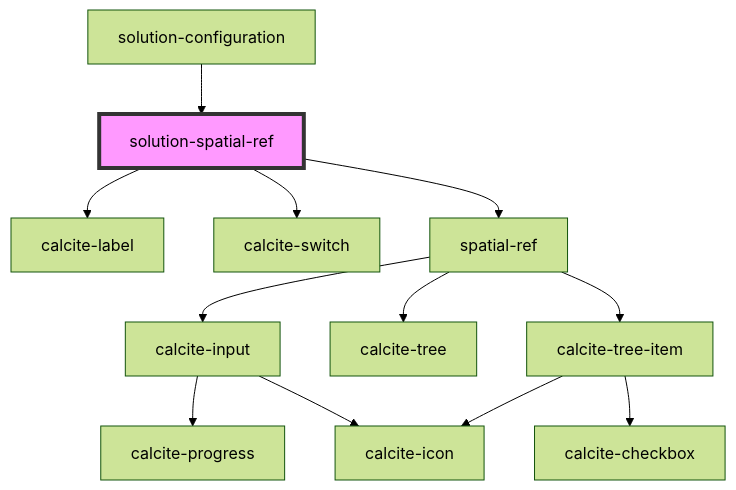
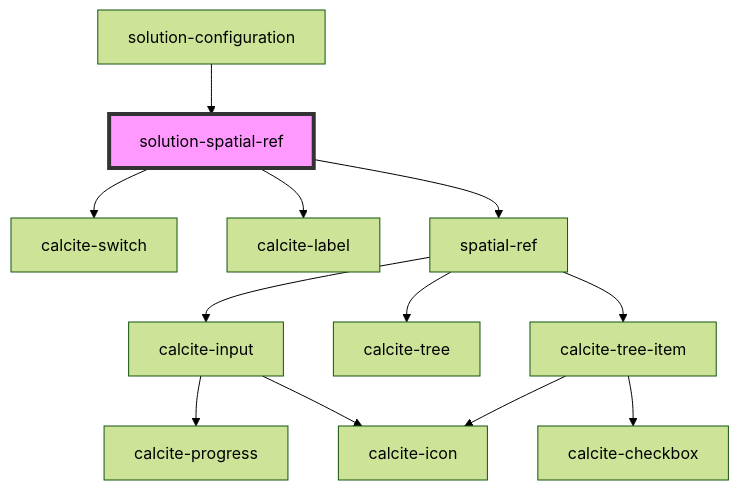
The diagram in src/components/solution-spatial-ref/readme.md (Esri/solutions-components), drawn with Mermaid (forest theme) before and after one commit. The commit also changed other lines of this file and 9 other files, not shown here.

Commit message:
Snapshot solution-spatial-ref dev

````diff
--- a/src/components/solution-spatial-ref/readme.md
+++ b/src/components/solution-spatial-ref/readme.md
@@ -39,15 +40,15 @@
 ```mermaid
 graph TD;
+  solution-spatial-ref --> calcite-switch
   solution-spatial-ref --> calcite-label
-  solution-spatial-ref --> calcite-switch
   solution-spatial-ref --> spatial-ref
   spatial-ref --> calcite-input
   spatial-ref --> calcite-tree
   spatial-ref --> calcite-tree-item
   calcite-input --> calcite-progress
   calcite-input --> calcite-icon
   calcite-tree-item --> calcite-icon
   calcite-tree-item --> calcite-checkbox
   solution-configuration --> solution-spatial-ref
   style solution-spatial-ref fill:#f9f,stroke:#333,stroke-width:4px
 ```
````
